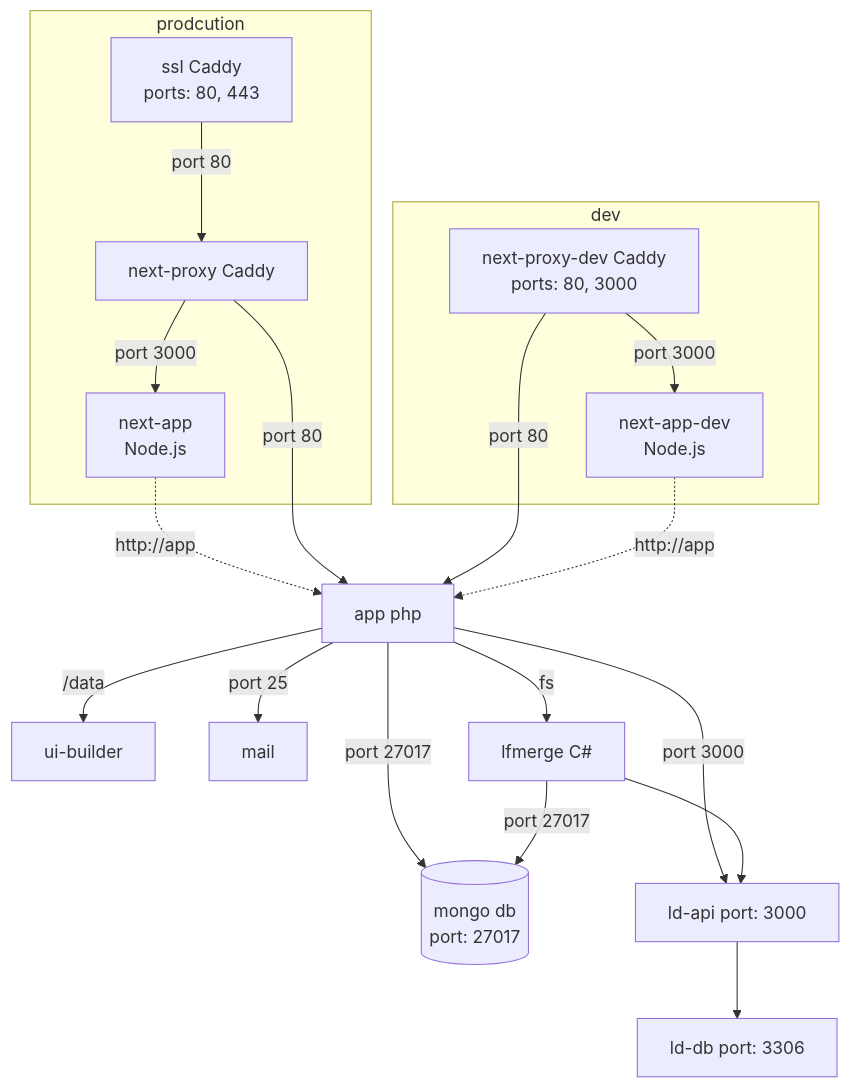
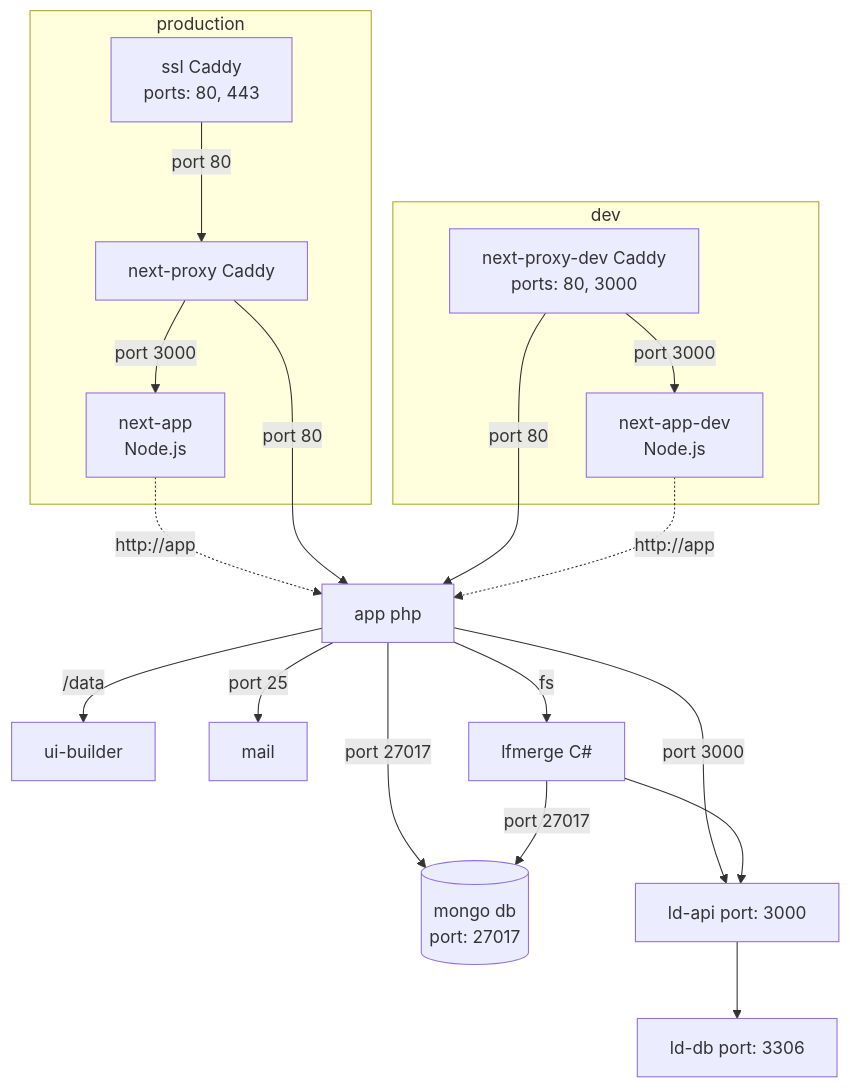
One commit to sillsdev/web-languageforge changed the first of 2 diagrams in docs/DIAGRAM.md. Above: the diagram before and after it, drawn with Mermaid.

````diff
--- a/docs/DIAGRAM.md
+++ b/docs/DIAGRAM.md
@@ -5,44 +5,44 @@
 ```mermaid
 %%{init: {'flowchart': {'curve': 'basis'}}}%%
 flowchart TB
     ui-builder
     app[app php]
     app -- port 27017 --> db
     app -- port 25 --> mail
     app -- port 3000 --> ld-api
     app -- fs --> lfmerge
     app -- /data --> ui-builder
 
     lfmerge[lfmerge C#]
     lfmerge -- port 27017 --> db
     lfmerge --> ld-api
 
-    subgraph prodcution
+    subgraph production
         ssl[ssl Caddy \n ports: 80, 443]
         ssl -- port 80 --> next-proxy
 
         next-proxy[next-proxy Caddy]
         next-proxy -- port 3000 --> next-app
 
         next-app[next-app \n Node.js]
     end
 
     next-app -. http://app .-> app
     next-proxy -- port 80 --> app
 
     subgraph dev
         next-proxy-dev[next-proxy-dev Caddy \n ports: 80, 3000]
         next-proxy-dev -- port 3000 --> next-app-dev
 
         next-app-dev[next-app-dev \n Node.js]
     end
 
     next-proxy-dev -- port 80 --> app
     next-app-dev -. http://app .-> app
 
     mail
     db[(mongo db \n port: 27017)]
     ld-db[ld-db port: 3306]
     ld-api[ld-api port: 3000]
     ld-api --> ld-db
 ```
````
